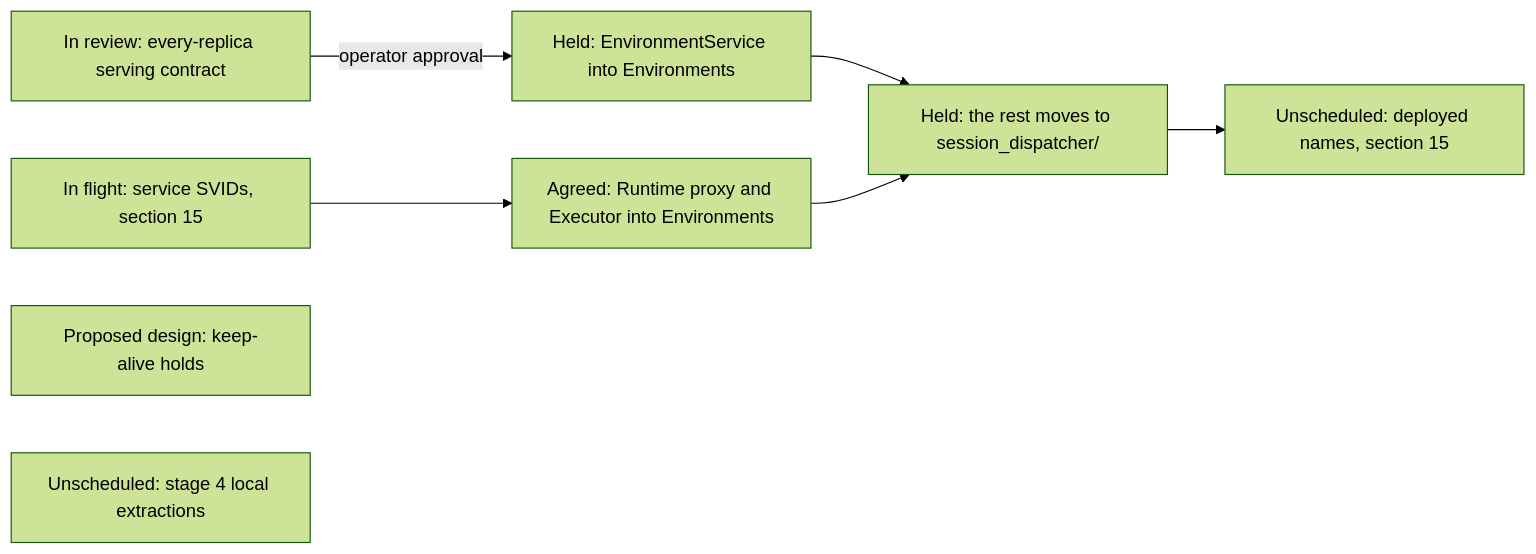
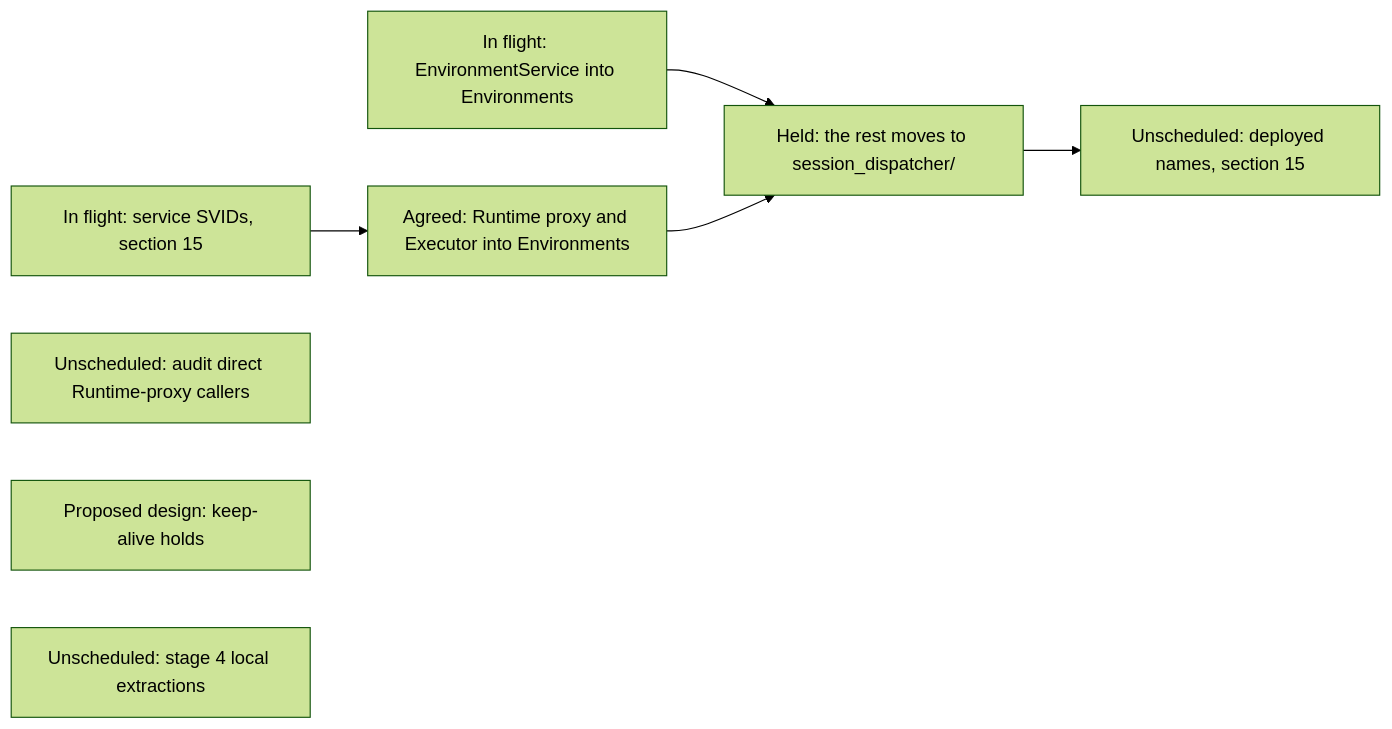
Diagram 21 of 21 in agentplane/plans/task_dag.md (agentydragon/ducktape), drawn with Mermaid (forest theme) before and after one commit. The commit also changed other lines of this file and 52 other files, not shown here.

Commit message:
feat(agentplane): prepare every-replica EnvironmentService serving

````diff
--- a/agentplane/plans/task_dag.md
+++ b/agentplane/plans/task_dag.md
@@ -4000,16 +4000,15 @@
 ```mermaid
 flowchart LR
     PRIVILEGED_BACKEND_AUTH_DESIGN[In flight: service SVIDs, section 15]
-    ENVIRONMENT_SERVICE_SERVING_DESIGN[In review: every-replica serving contract]
-    ENVIRONMENT_SERVICE_TO_ENVIRONMENTS[Held: EnvironmentService into Environments]
+    ENVIRONMENT_SERVICE_TO_ENVIRONMENTS[In flight: EnvironmentService into Environments]
+    RUNTIME_PROXY_CALLER_AUDIT[Unscheduled: audit direct Runtime-proxy callers]
     RUNTIME_PROXY_TO_ENVIRONMENTS[Agreed: Runtime proxy and Executor into Environments]
     SESSIONS_BINARY_DIRECTORY[Held: the rest moves to session_dispatcher/]
     ENVIRONMENT_KEEP_ALIVE_HOLDS[Proposed design: keep-alive holds]
     GO_LOCAL_EXTRACTIONS[Unscheduled: stage 4 local extractions]
     RUNNER_GATEWAY_RENAME[Unscheduled: deployed names, section 15]
-    ENVIRONMENT_SERVICE_SERVING_DESIGN -->|operator approval| ENVIRONMENT_SERVICE_TO_ENVIRONMENTS
     PRIVILEGED_BACKEND_AUTH_DESIGN --> RUNTIME_PROXY_TO_ENVIRONMENTS
     ENVIRONMENT_SERVICE_TO_ENVIRONMENTS --> SESSIONS_BINARY_DIRECTORY
     RUNTIME_PROXY_TO_ENVIRONMENTS --> SESSIONS_BINARY_DIRECTORY
     SESSIONS_BINARY_DIRECTORY --> RUNNER_GATEWAY_RENAME
 ```
````
